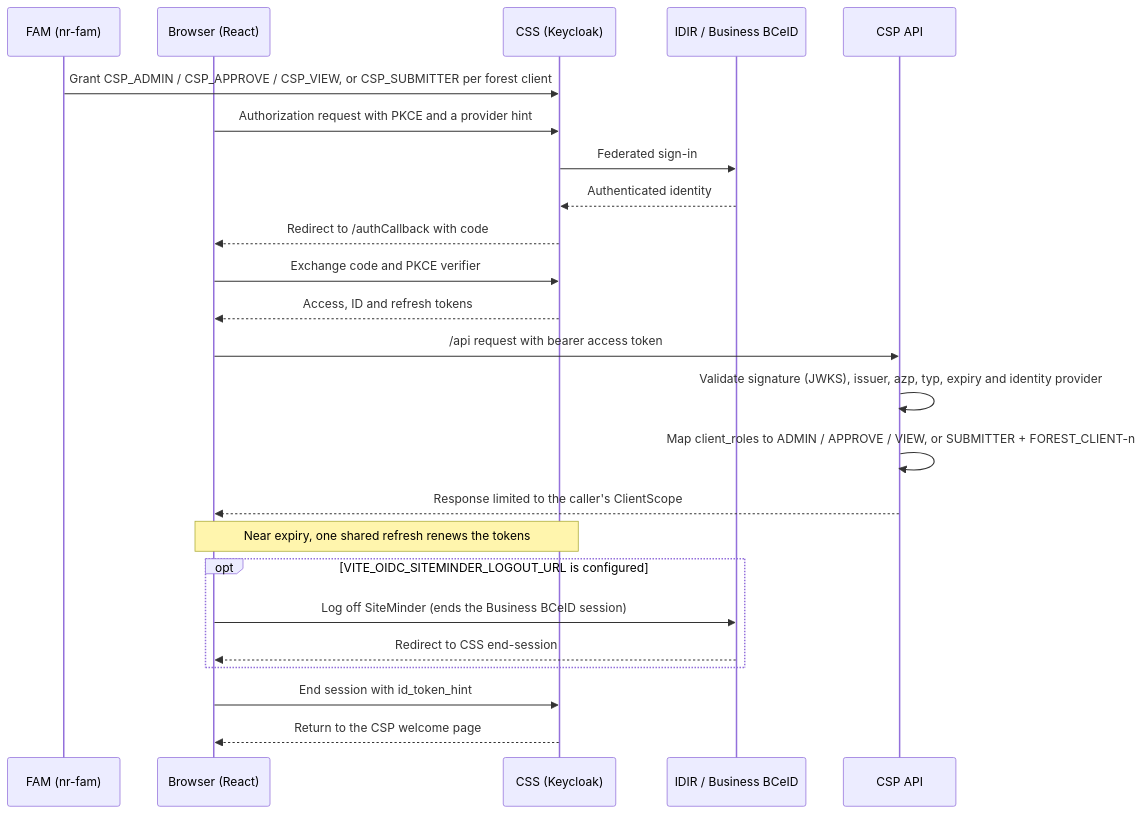
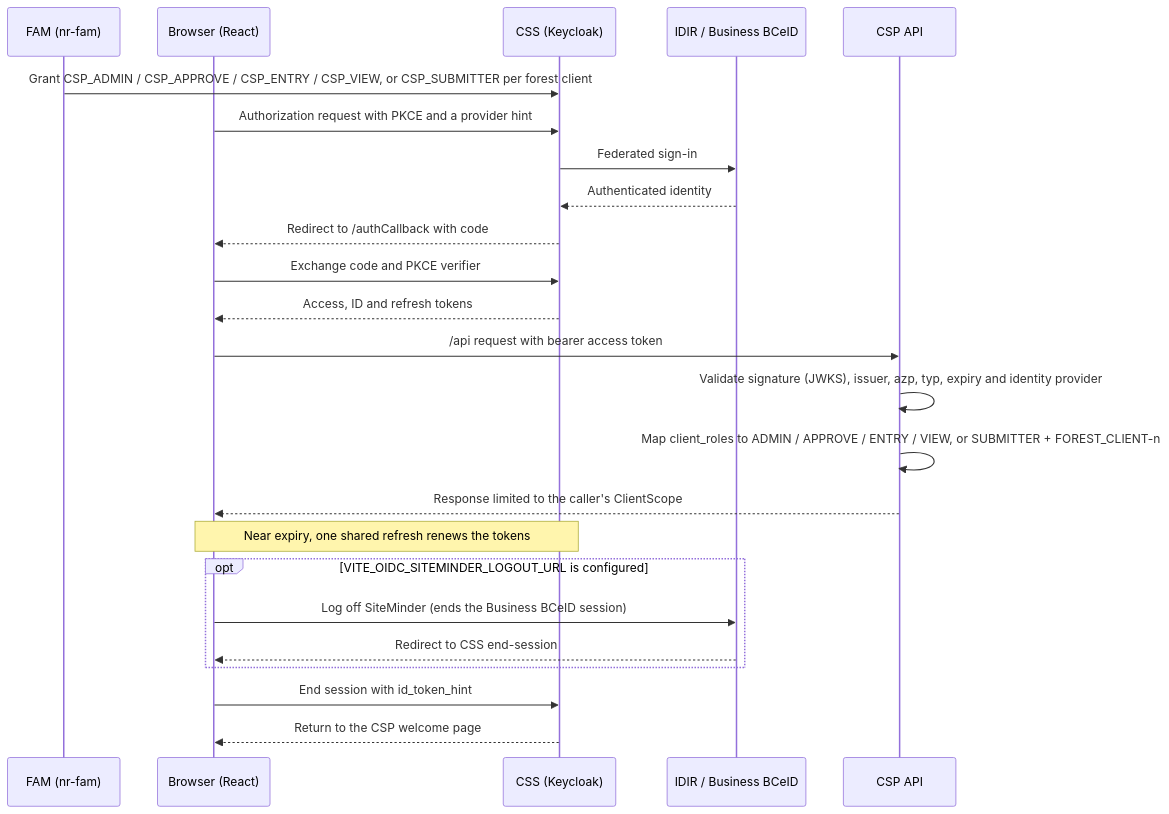
The seventh of 9 diagrams in ARCHITECTURE.md (bcgov/nr-csp), drawn with Mermaid before and after one commit. The commit also changed other lines of this file and 29 other files, not shown here.

Commit message:
feat: restore the CSP Data Entry role

````diff
--- a/ARCHITECTURE.md
+++ b/ARCHITECTURE.md
@@ -449,26 +449,26 @@
 ```mermaid
 sequenceDiagram
     participant F as FAM (nr-fam)
     participant U as Browser (React)
     participant S as CSS (Keycloak)
     participant I as IDIR / Business BCeID
     participant B as CSP API
-    F->>S: Grant CSP_ADMIN / CSP_APPROVE / CSP_VIEW, or CSP_SUBMITTER per forest client
+    F->>S: Grant CSP_ADMIN / CSP_APPROVE / CSP_ENTRY / CSP_VIEW, or CSP_SUBMITTER per forest client
     U->>S: Authorization request with PKCE and a provider hint
     S->>I: Federated sign-in
     I-->>S: Authenticated identity
     S-->>U: Redirect to /authCallback with code
     U->>S: Exchange code and PKCE verifier
     S-->>U: Access, ID and refresh tokens
     U->>B: /api request with bearer access token
     B->>B: Validate signature (JWKS), issuer, azp, typ, expiry and identity provider
-    B->>B: Map client_roles to ADMIN / APPROVE / VIEW, or SUBMITTER + FOREST_CLIENT-n
+    B->>B: Map client_roles to ADMIN / APPROVE / ENTRY / VIEW, or SUBMITTER + FOREST_CLIENT-n
     B-->>U: Response limited to the caller's ClientScope
     Note over U,S: Near expiry, one shared refresh renews the tokens
     opt VITE_OIDC_SITEMINDER_LOGOUT_URL is configured
         U->>I: Log off SiteMinder (ends the Business BCeID session)
         I-->>U: Redirect to CSS end-session
     end
     U->>S: End session with id_token_hint
     S-->>U: Return to the CSP welcome page
 ```
````
